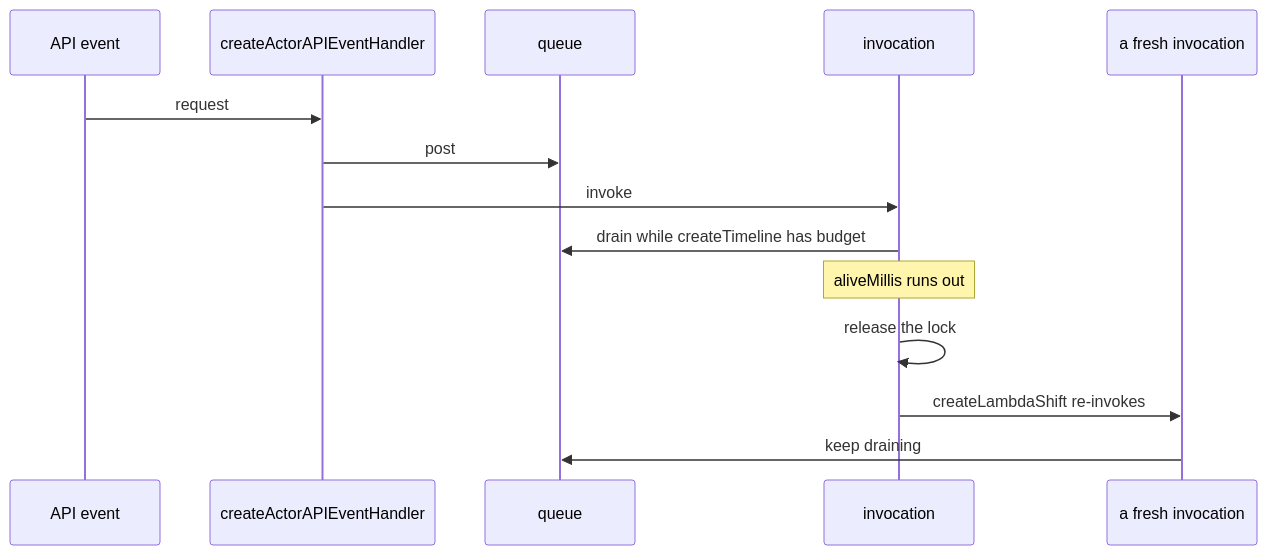
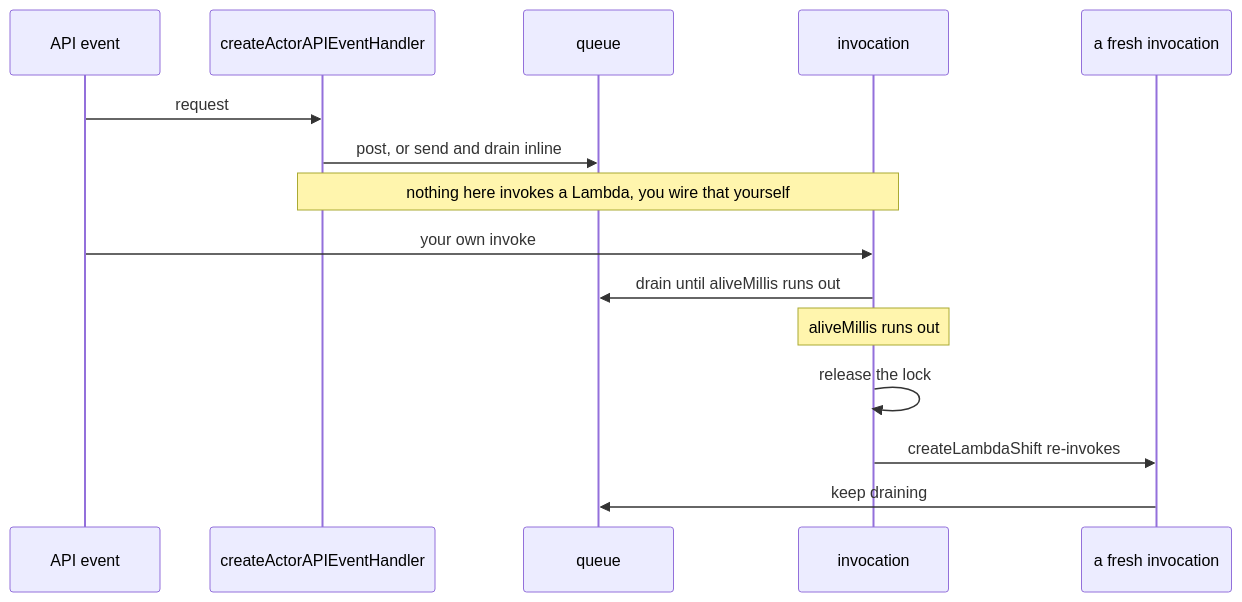
Before and after one commit to yingyeothon/tslib: the fourth of 4 diagrams in docs/actor-system.md, drawn with Mermaid. The commit also changed other lines of this file and 27 other files, not shown here.

````diff
--- a/docs/actor-system.md
+++ b/docs/actor-system.md
@@ -117,16 +153,17 @@
 ```mermaid
 sequenceDiagram
   participant API as API event
   participant H as createActorAPIEventHandler
   participant Q as queue
   participant I as invocation
   participant N as a fresh invocation
   API->>H: request
-  H->>Q: post
-  H->>I: invoke
-  I->>Q: drain while createTimeline has budget
+  H->>Q: post, or send and drain inline
+  Note over H,I: nothing here invokes a Lambda, you wire that yourself
+  API->>I: your own invoke
+  I->>Q: drain until aliveMillis runs out
   Note over I: aliveMillis runs out
   I->>I: release the lock
   I->>N: createLambdaShift re-invokes
   N->>Q: keep draining
 ```
````
